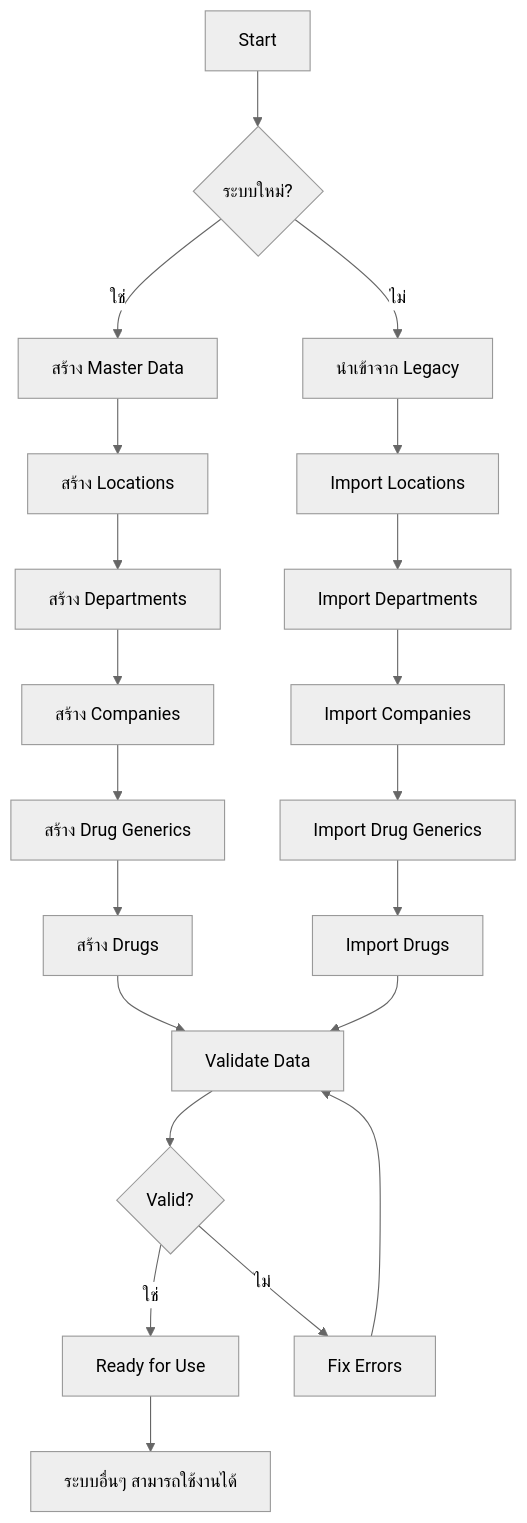
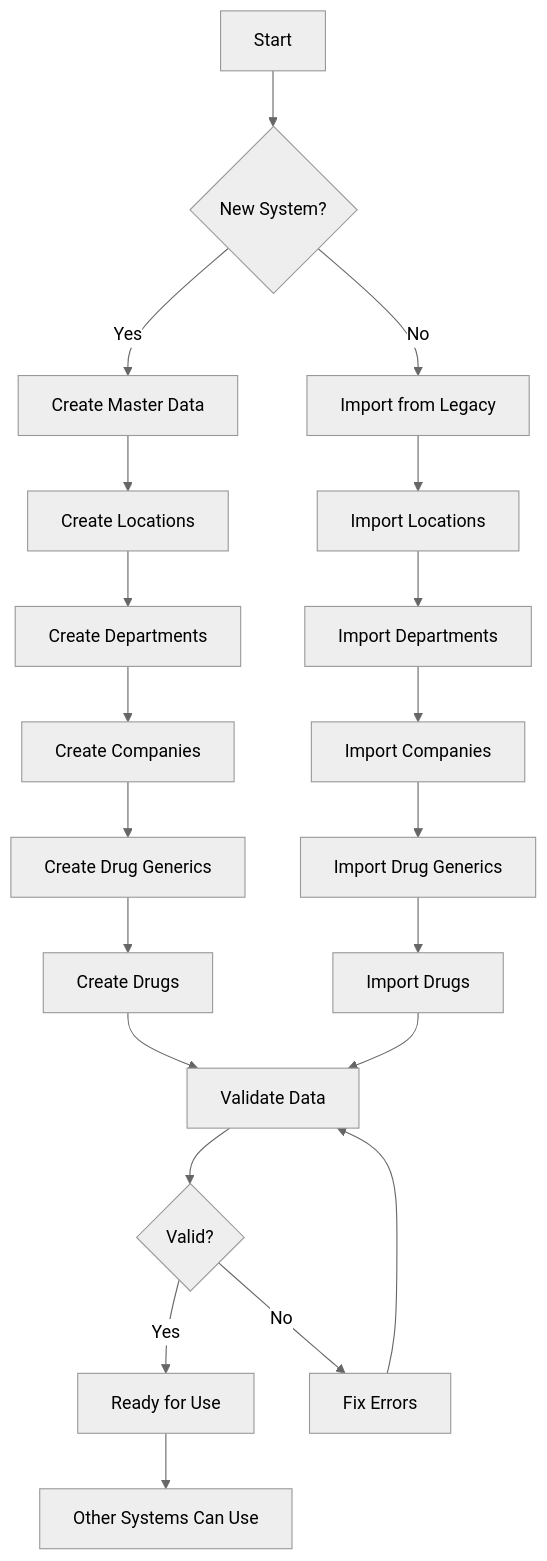
One commit to DMS-Inv-Project/inv-system-flows changed the diagram in docs/systems/01-master-data/README.md. Above: the diagram before and after it, drawn with Mermaid (neutral theme). The commit also changed other lines of this file and 5 other files, not shown here.

First line of the commit message:
Revise Master Data documentation with English-first approach (v2.2.0)

````diff
--- a/docs/systems/01-master-data/README.md
+++ b/docs/systems/01-master-data/README.md
@@ -248,28 +252,28 @@
 ```mermaid
 graph TD
-    A[Start] --> B{ระบบใหม่?}
-    B -->|ใช่| C[สร้าง Master Data]
-    B -->|ไม่| D[นำเข้าจาก Legacy]
+    A[Start] --> B{New System?}
+    B -->|Yes| C[Create Master Data]
+    B -->|No| D[Import from Legacy]
 
-    C --> E[สร้าง Locations]
-    E --> F[สร้าง Departments]
-    F --> G[สร้าง Companies]
-    G --> H[สร้าง Drug Generics]
-    H --> I[สร้าง Drugs]
+    C --> E[Create Locations]
+    E --> F[Create Departments]
+    F --> G[Create Companies]
+    G --> H[Create Drug Generics]
+    H --> I[Create Drugs]
 
     D --> J[Import Locations]
     J --> K[Import Departments]
     K --> L[Import Companies]
     L --> M[Import Drug Generics]
     M --> N[Import Drugs]
 
     I --> O[Validate Data]
     N --> O
 
     O --> P{Valid?}
-    P -->|ใช่| Q[Ready for Use]
-    P -->|ไม่| R[Fix Errors]
+    P -->|Yes| Q[Ready for Use]
+    P -->|No| R[Fix Errors]
     R --> O
 
-    Q --> S[ระบบอื่นๆ สามารถใช้งานได้]
+    Q --> S[Other Systems Can Use]
 ```
````
